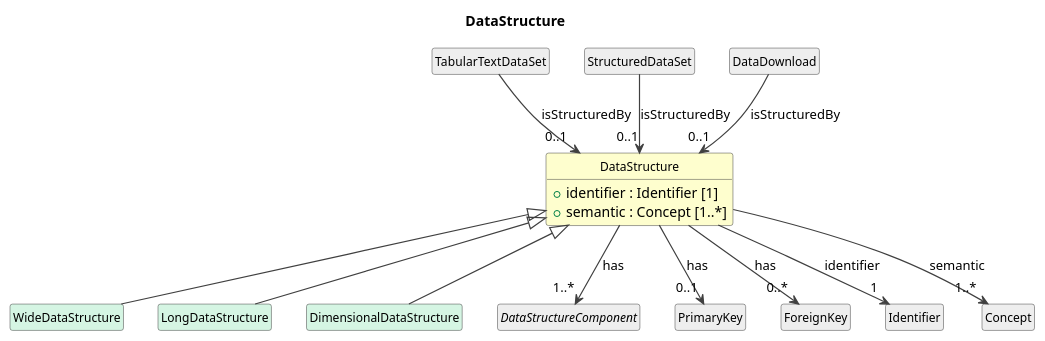
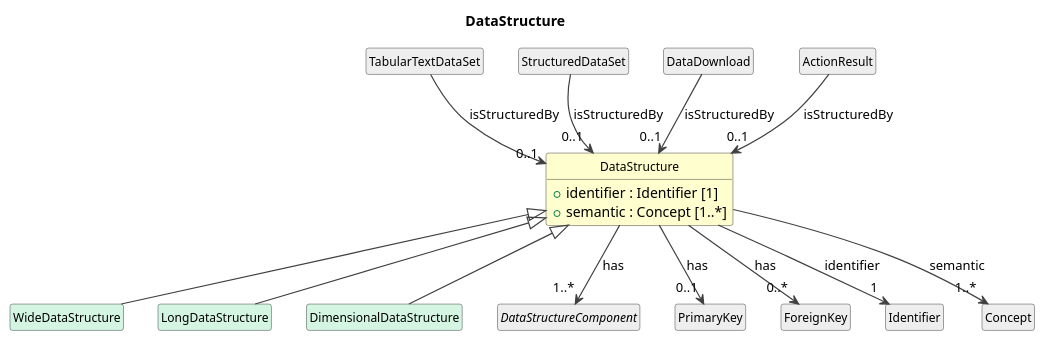
One commit to Cross-Domain-Interoperability-Framework/metadataBuildingBlocks changed the diagram in cdif-uml-model/_plantuml/cdifDataStructure/Classes/DataStructure.pu. Above: the diagram before and after it, drawn with PlantUML. The commit also changed 137 other files, not shown here.

First line of the commit message:
Regenerate UML model browser: simplified child diagrams + model edits

```diff
--- a/cdif-uml-model/_plantuml/cdifDataStructure/Classes/DataStructure.pu
+++ b/cdif-uml-model/_plantuml/cdifDataStructure/Classes/DataStructure.pu
@@ -1,40 +1,42 @@
 @startuml
 title DataStructure
 hide circle
 hide empty members
 skinparam shadowing false
 skinparam ArrowThickness 1.2
 skinparam class {
   ArrowColor #404040
   BorderColor #404040
   FontSize 12
 }
 
 class "DataStructure" as DataStructure #FEFECE {
   +identifier : Identifier [1]
   +semantic : Concept [1..*]
 }
 class "WideDataStructure" as WideDataStructure #D5F5E3
 DataStructure <|-- WideDataStructure
 class "LongDataStructure" as LongDataStructure #D5F5E3
 DataStructure <|-- LongDataStructure
 class "DimensionalDataStructure" as DimensionalDataStructure #D5F5E3
 DataStructure <|-- DimensionalDataStructure
 abstract class "DataStructureComponent" as DataStructureComponent #EEEEEE
 DataStructure --> "1..*" DataStructureComponent : has
 class "PrimaryKey" as PrimaryKey #EEEEEE
 DataStructure --> "0..1" PrimaryKey : has
 class "ForeignKey" as ForeignKey #EEEEEE
 DataStructure --> "0..*" ForeignKey : has
 class "TabularTextDataSet" as TabularTextDataSet #EEEEEE
 TabularTextDataSet --> "0..1" DataStructure : isStructuredBy
 class "StructuredDataSet" as StructuredDataSet #EEEEEE
 StructuredDataSet --> "0..1" DataStructure : isStructuredBy
 class "DataDownload" as DataDownload #EEEEEE
 DataDownload --> "0..1" DataStructure : isStructuredBy
+class "ActionResult" as ActionResult #EEEEEE
+ActionResult --> "0..1" DataStructure : isStructuredBy
 class "Identifier" as Identifier #EEEEEE
 DataStructure --> "1" Identifier : identifier
 class "Concept" as Concept #EEEEEE
 DataStructure --> "1..*" Concept : semantic
 
 @enduml
```
